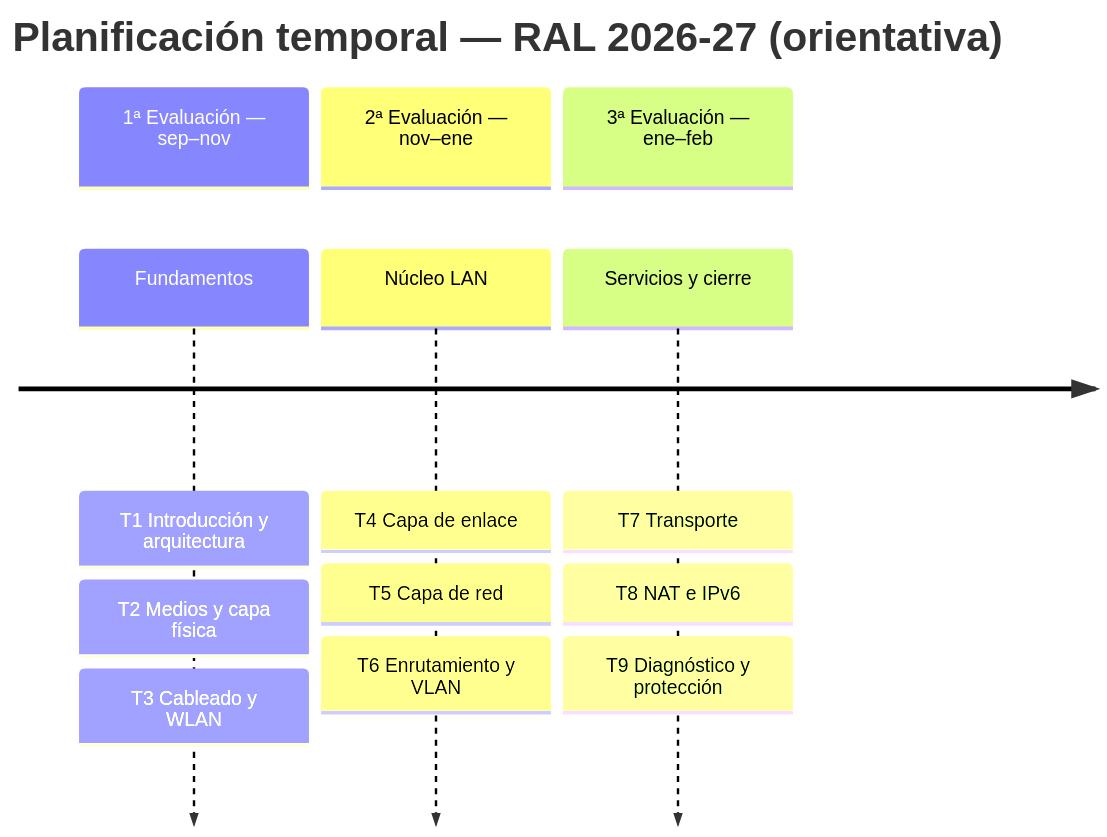
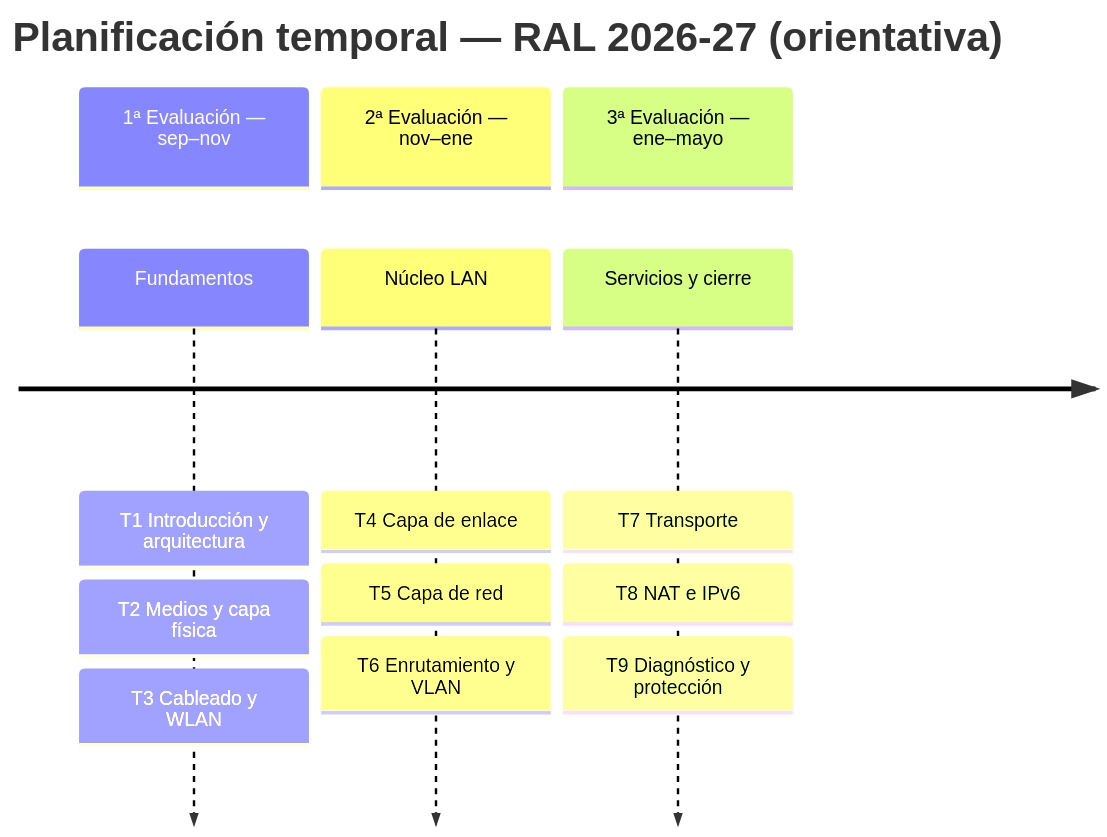
The first of 3 diagrams in docs/index.md (fjavier-hernandez/ral), drawn with Mermaid before and after one commit. The commit also changed other lines of this file and 2 other files, not shown here.

````diff
--- a/docs/index.md
+++ b/docs/index.md
@@ -85,10 +85,10 @@
 ``` mermaid
 timeline
     title Planificación temporal — RAL 2026-27 (orientativa)
     section 1ª Evaluación — sep–nov
         Fundamentos : T1 Introducción y arquitectura : T2 Medios y capa física : T3 Cableado y WLAN
     section 2ª Evaluación — nov–ene
         Núcleo LAN : T4 Capa de enlace : T5 Capa de red : T6 Enrutamiento y VLAN
-    section 3ª Evaluación — ene–feb
+    section 3ª Evaluación — ene–mayo
         Servicios y cierre : T7 Transporte : T8 NAT e IPv6 : T9 Diagnóstico y protección
 ```
````
